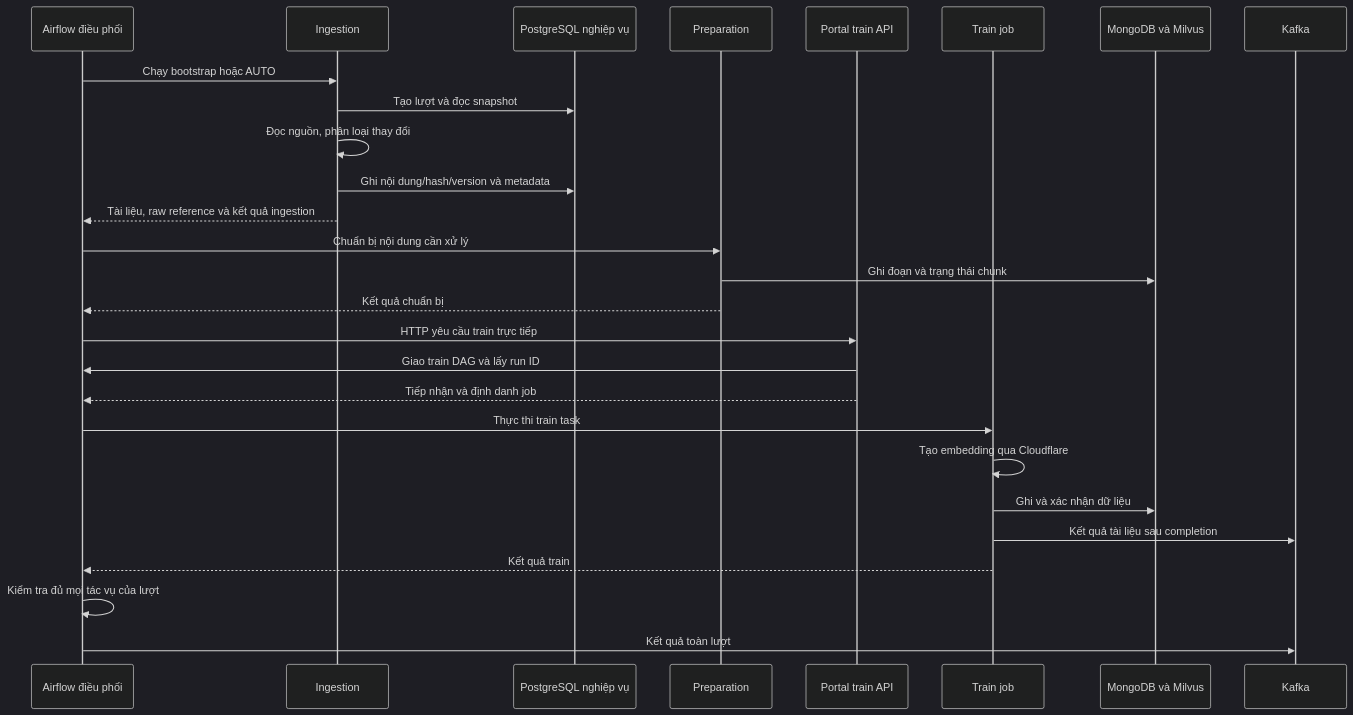
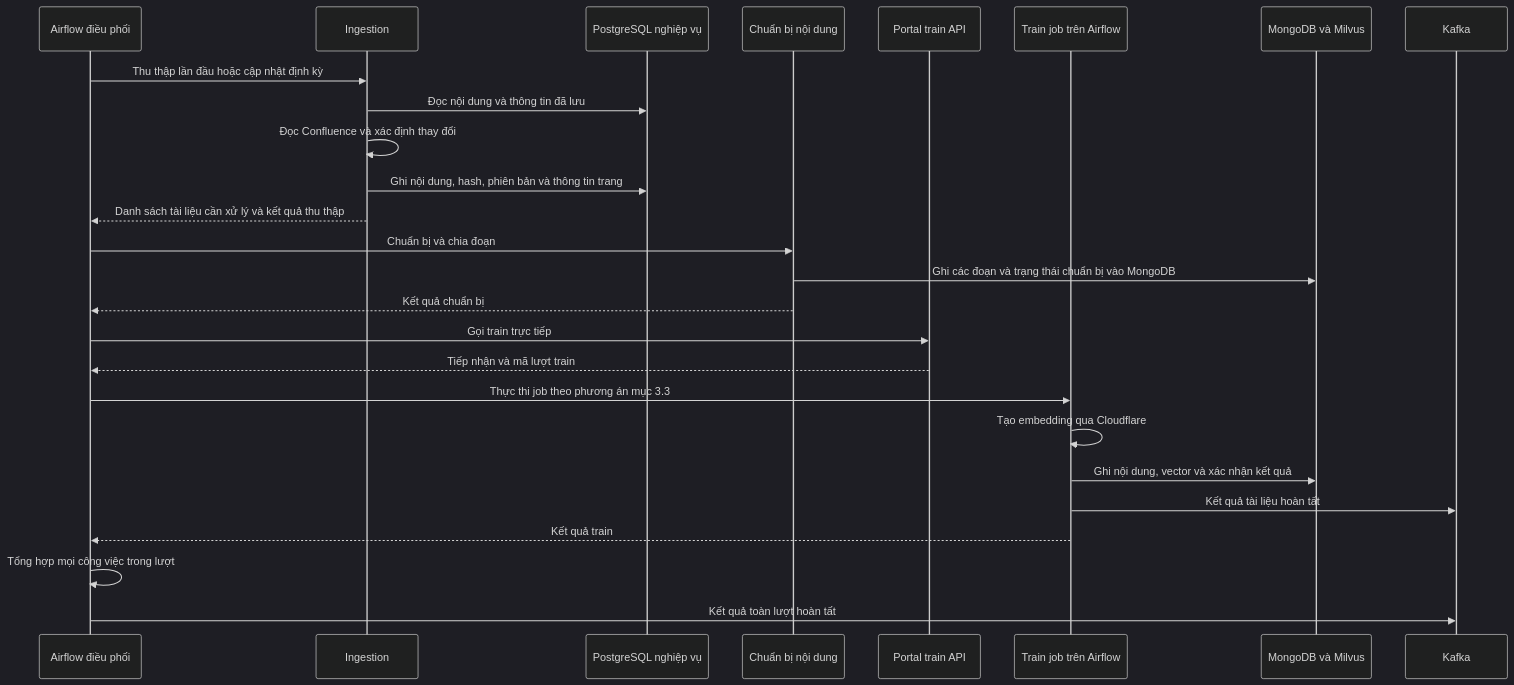
The third of 6 diagrams in docs/architecture.md (21tuoino12trieu/Do-An-Ki-Su), drawn with Mermaid (dark theme) before and after one commit. The commit also changed other lines of this file and 13 other files, not shown here.

````diff
--- a/docs/architecture.md
+++ b/docs/architecture.md
@@ -275,29 +216,28 @@
 ```mermaid
 sequenceDiagram
-    participant AF as Airflow điều phối
-    participant ING as Ingestion
-    participant PG as PostgreSQL nghiệp vụ
-    participant PREP as Preparation
+    participant A as Airflow điều phối
+    participant I as Ingestion
+    participant P as PostgreSQL nghiệp vụ
+    participant C as Chuẩn bị nội dung
     participant API as Portal train API
-    participant JOB as Train job
-    participant DB as MongoDB và Milvus
+    participant T as Train job trên Airflow
+    participant D as MongoDB và Milvus
     participant K as Kafka
-    AF->>ING: Chạy bootstrap hoặc AUTO
-    ING->>PG: Tạo lượt và đọc snapshot
-    ING->>ING: Đọc nguồn, phân loại thay đổi
-    ING->>PG: Ghi nội dung/hash/version và metadata
-    ING-->>AF: Tài liệu, raw reference và kết quả ingestion
-    AF->>PREP: Chuẩn bị nội dung cần xử lý
-    PREP->>DB: Ghi đoạn và trạng thái chunk
-    PREP-->>AF: Kết quả chuẩn bị
-    AF->>API: HTTP yêu cầu train trực tiếp
-    API->>AF: Giao train DAG và lấy run ID
-    API-->>AF: Tiếp nhận và định danh job
-    AF->>JOB: Thực thi train task
-    JOB->>JOB: Tạo embedding qua Cloudflare
-    JOB->>DB: Ghi và xác nhận dữ liệu
-    JOB->>K: Kết quả tài liệu sau completion
-    JOB-->>AF: Kết quả train
-    AF->>AF: Kiểm tra đủ mọi tác vụ của lượt
-    AF->>K: Kết quả toàn lượt
+    A->>I: Thu thập lần đầu hoặc cập nhật định kỳ
+    I->>P: Đọc nội dung và thông tin đã lưu
+    I->>I: Đọc Confluence và xác định thay đổi
+    I->>P: Ghi nội dung, hash, phiên bản và thông tin trang
+    I-->>A: Danh sách tài liệu cần xử lý và kết quả thu thập
+    A->>C: Chuẩn bị và chia đoạn
+    C->>D: Ghi các đoạn và trạng thái chuẩn bị vào MongoDB
+    C-->>A: Kết quả chuẩn bị
+    A->>API: Gọi train trực tiếp
+    API-->>A: Tiếp nhận và mã lượt train
+    A->>T: Thực thi job theo phương án mục 3.3
+    T->>T: Tạo embedding qua Cloudflare
+    T->>D: Ghi nội dung, vector và xác nhận kết quả
+    T->>K: Kết quả tài liệu hoàn tất
+    T-->>A: Kết quả train
+    A->>A: Tổng hợp mọi công việc trong lượt
+    A->>K: Kết quả toàn lượt hoàn tất
 ```
````
